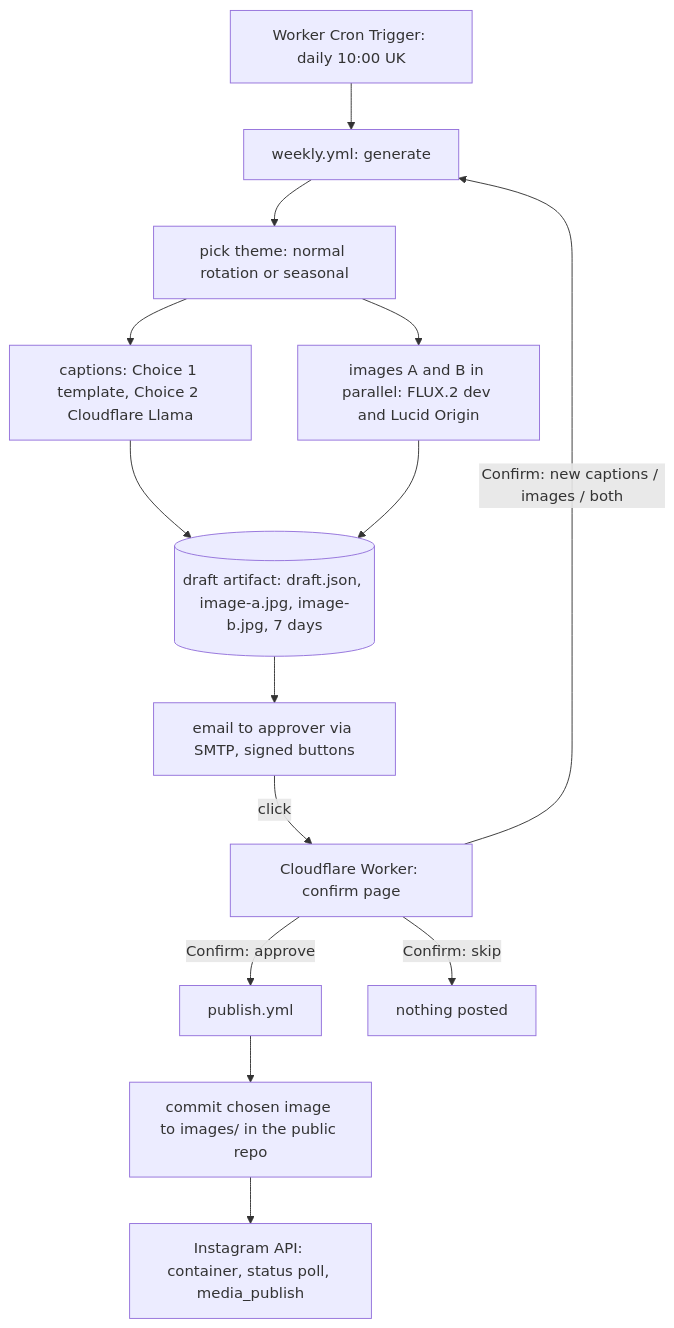
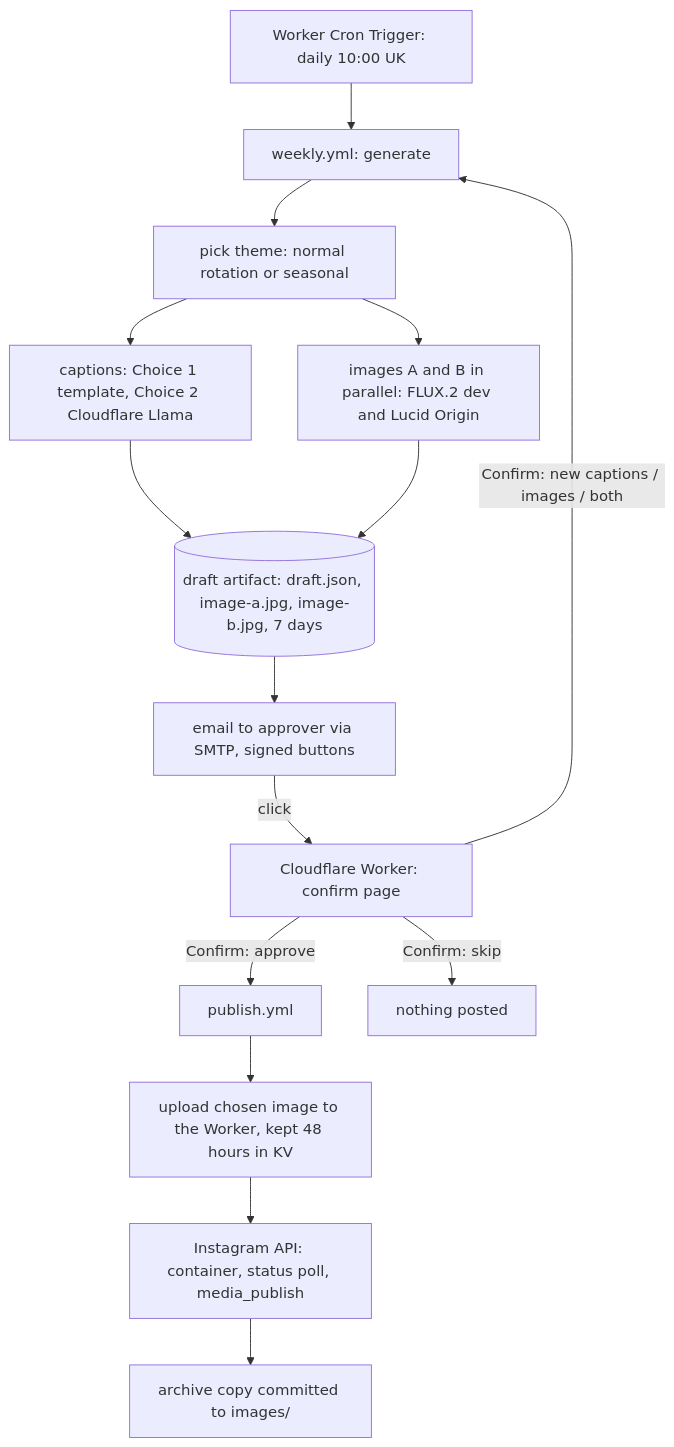
Before and after one commit to rtaank80/fdc-automation: the diagram in project-docs/ARCHITECTURE.md, drawn with Mermaid. The commit also changed other lines of this file and 10 other files, not shown here.

First line of the commit message:
Serve post images from the Worker for 48 hours (IMAGE_HOST=cloudflare)

````diff
--- a/project-docs/ARCHITECTURE.md
+++ b/project-docs/ARCHITECTURE.md
@@ -4,16 +4,17 @@
 ```mermaid
 flowchart TD
   CR[Worker Cron Trigger: daily 10:00 UK] --> G[weekly.yml: generate]
   G --> T[pick theme: normal rotation or seasonal]
   T --> C[captions: Choice 1 template, Choice 2 Cloudflare Llama]
   T --> I[images A and B in parallel: FLUX.2 dev and Lucid Origin]
   C --> D[(draft artifact: draft.json, image-a.jpg, image-b.jpg, 7 days)]
   I --> D
   D --> E[email to approver via SMTP, signed buttons]
   E -->|click| W[Cloudflare Worker: confirm page]
   W -->|Confirm: approve| P[publish.yml]
   W -->|Confirm: new captions / images / both| G
   W -->|Confirm: skip| X[nothing posted]
-  P --> H[commit chosen image to images/ in the public repo]
+  P --> H[upload chosen image to the Worker, kept 48 hours in KV]
   H --> IG[Instagram API: container, status poll, media_publish]
+  IG --> AR[archive copy committed to images/]
 ```
````
